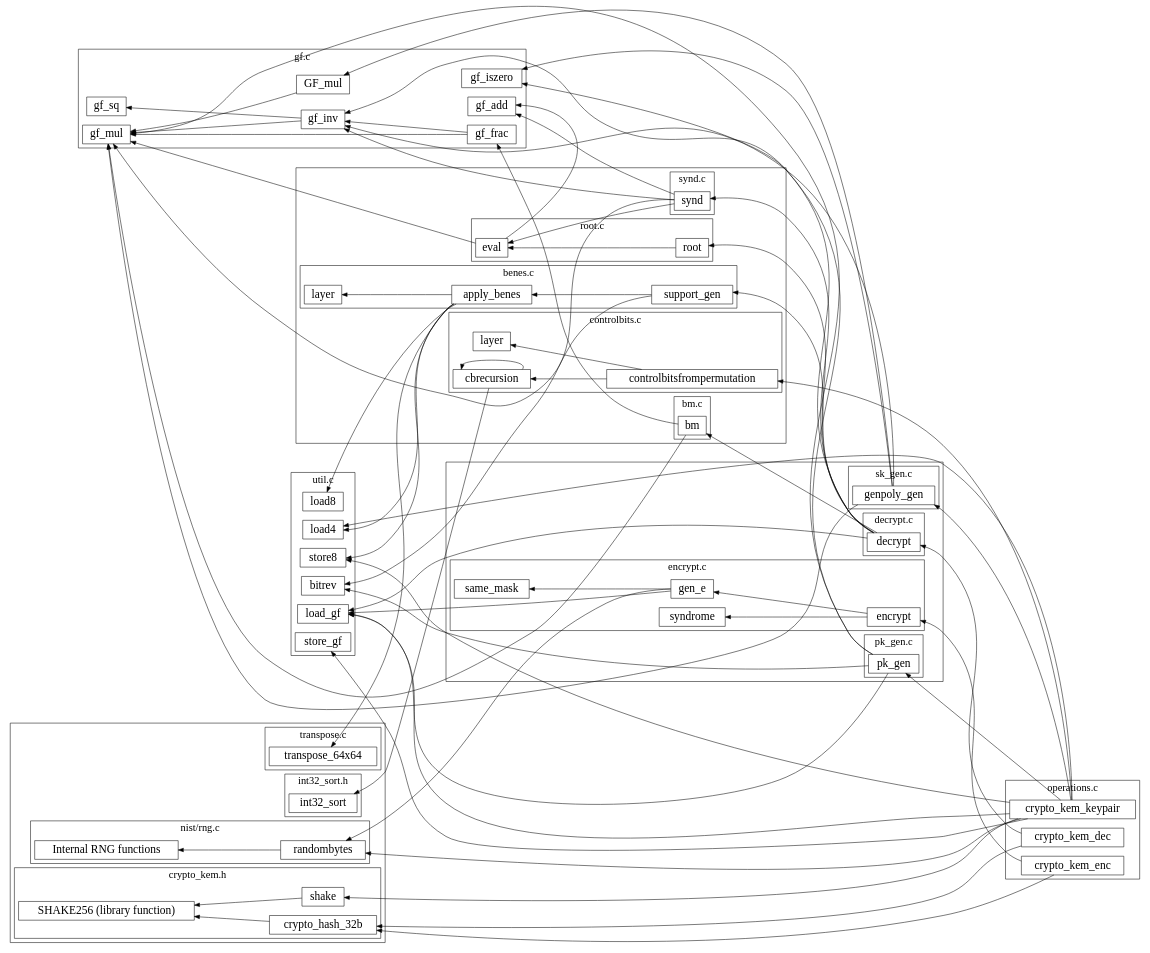
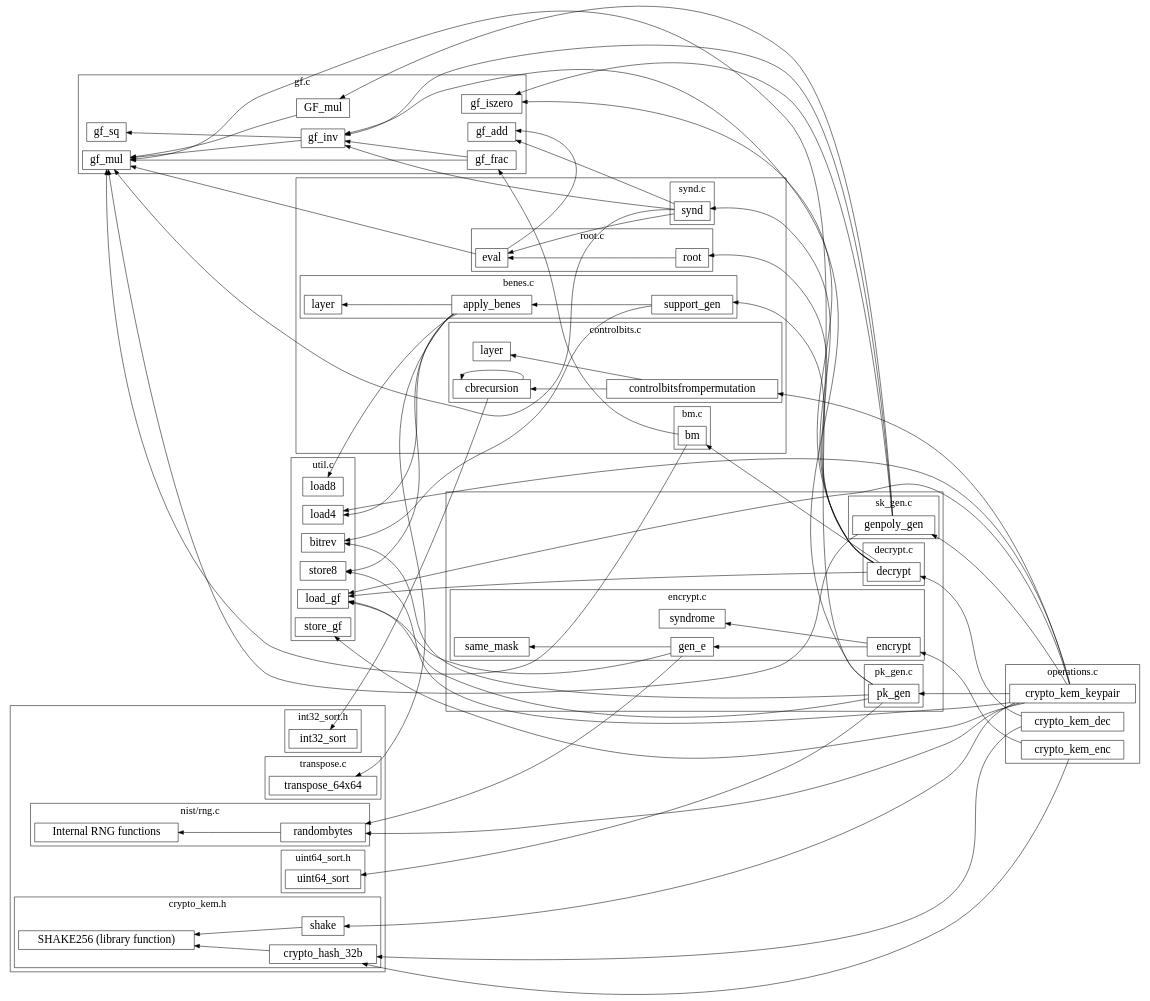
Before and after one commit to linesthatinterlace/pqc-verification: the diagram in classic-mceliece/verification/graphs/graph.dot, drawn with Graphviz. The commit also changed 19 other files, not shown here.

Commit message:
Graph updates.

```diff
--- a/classic-mceliece/verification/graphs/graph.dot
+++ b/classic-mceliece/verification/graphs/graph.dot
@@ -1,121 +1,125 @@
 digraph G {
   color=black;rankdir=RL;fontsize=20;ranksep=2;
   subgraph "cluster_gf.c" {
     label="gf.c";
     gf_iszero [shape=box,fontsize=22,label="gf_iszero"];
     gf_add [shape=box,fontsize=22,label="gf_add"];
     gf_mul [shape=box,fontsize=22,label="gf_mul"];
     gf_sq [shape=box,fontsize=22,label="gf_sq"];
     gf_inv [shape=box,fontsize=22,label="gf_inv"];
     gf_frac [shape=box,fontsize=22,label="gf_frac"];
     GF_mul [shape=box,fontsize=22,label="GF_mul"];
     gf_inv -> gf_sq;
     gf_inv -> gf_mul;
     gf_frac -> gf_inv;
     gf_frac -> gf_mul;
     GF_mul -> gf_mul;
   }
   subgraph "cluster_rarefunctions" {
     subgraph "cluster_crypto_kem.h" {
       label="crypto_kem.h";
       crypto_hash_32b [shape=box,fontsize=22,label="crypto_hash_32b"];
       shake [shape=box,fontsize=22,label="shake"];
       SHAKE256 [shape=box,fontsize=22,label="SHAKE256 (library function)"];
       crypto_hash_32b -> SHAKE256;
       shake -> SHAKE256;
     }
     subgraph "cluster_nist/rng.c" {
       label="nist/rng.c";
       randombytes [shape=box,fontsize=22,label="randombytes"];
       rng_int [shape=box,fontsize=22,label="Internal RNG functions"];
       randombytes -> rng_int;
     }
     subgraph "cluster_transpose.c" {
       label="transpose.c";
       transpose_64x64 [shape=box,fontsize=22,label="transpose_64x64"];
     }
     subgraph "cluster_int32_sort.h" {
       label="int32_sort.h";
       int32_sort [shape=box,fontsize=22,label="int32_sort"];
+    }
+    subgraph "cluster_uint64_sort.h" {
+      label="uint64_sort.h";
+      uint64_sort [shape=box,fontsize=22,label="uint64_sort"];
     }
   }
   subgraph "cluster_util.c" {
     label="util.c";
     store_gf [shape=box,fontsize=22,label="store_gf"];
     load_gf [shape=box,fontsize=22,label="load_gf"];
     load4 [shape=box,fontsize=22,label="load4"];
     store8 [shape=box,fontsize=22,label="store8"];
     load8 [shape=box,fontsize=22,label="load8"];
     bitrev [shape=box,fontsize=22,label="bitrev"];
   }
   subgraph "cluster_secondlevel" {
     subgraph "cluster_bm.c" {
       label="bm.c";
       bm [shape=box,fontsize=22,label="bm"];
       bm -> {gf_mul gf_frac};
     }
     subgraph "cluster_root.c" {
       label="root.c";
       eval [shape=box,fontsize=22,label="eval"];
       root [shape=box,fontsize=22,label="root"];
       eval -> {gf_mul gf_add};
       root -> eval;
     }
     subgraph "cluster_synd.c" {
       label="synd.c";
       synd [shape=box,fontsize=22,label="synd"];
       synd -> {eval gf_inv gf_mul gf_add};
     }
     subgraph "cluster_benes.c" {
       label="benes.c";
       benes_layer [shape=box,fontsize=22,label="layer"];
       apply_benes [shape=box,fontsize=22,label="apply_benes"];
       support_gen [shape=box,fontsize=22,label="support_gen"];
       apply_benes -> {load8 transpose_64x64 benes_layer load4 store8};
       support_gen -> {bitrev apply_benes};
     }
     subgraph "cluster_controlbits.c" {
       label="controlbits.c";
       cbrecursion [shape=box,fontsize=22,label="cbrecursion"];
       controlbits_layer [shape=box,fontsize=22,label="layer"];
       controlbitsfrompermutation [shape=box,fontsize=22,label="controlbitsfrompermutation"];
       cbrecursion -> {int32_sort cbrecursion};
       controlbitsfrompermutation -> {cbrecursion, controlbits_layer};
     }
   }
   subgraph "cluster_primitive" {
     subgraph "cluster_sk_gen.c" {
       label="sk_gen.c";
       genpoly_gen [shape=box,fontsize=22,label="genpoly_gen"];
       genpoly_gen -> {GF_mul gf_iszero gf_inv gf_mul gf_mul};
     }
     subgraph "cluster_decrypt.c" {
       label="decrypt.c";
       decrypt [shape=box,fontsize=22,label="decrypt"];
       decrypt -> { support_gen synd bm root gf_iszero load_gf};
     }
     subgraph "cluster_pk_gen.c" {
       label="pk_gen.c";
       pk_gen [shape=box,fontsize=22,label="pk_gen"];
-      pk_gen -> {load_gf bitrev gf_inv gf_mul};
+      pk_gen -> {load_gf bitrev gf_inv gf_mul	uint64_sort};
     }
     subgraph "cluster_encrypt.c" {
       label="encrypt.c";
       same_mask [shape=box,fontsize=22,label="same_mask"];
       gen_e [shape=box,fontsize=22,label="gen_e"];
       syndrome [shape=box,fontsize=22,label="syndrome"];
       encrypt [shape=box,fontsize=22,label="encrypt"];
       gen_e -> {randombytes load_gf same_mask};
       encrypt -> {gen_e syndrome};
     }
   }
   subgraph "cluster_operations.c" {
     label="operations.c";
     crypto_kem_enc [shape=box,fontsize=22,label="crypto_kem_enc"];
     crypto_kem_dec [shape=box,fontsize=22,label="crypto_kem_dec"];
     crypto_kem_keypair [shape=box,fontsize=22,label="crypto_kem_keypair"];
     crypto_kem_enc -> {encrypt crypto_hash_32b};
     crypto_kem_dec -> {crypto_hash_32b decrypt};
     crypto_kem_keypair -> { randombytes shake load_gf genpoly_gen store_gf load4 pk_gen controlbitsfrompermutation store8};
   }
 }
```
